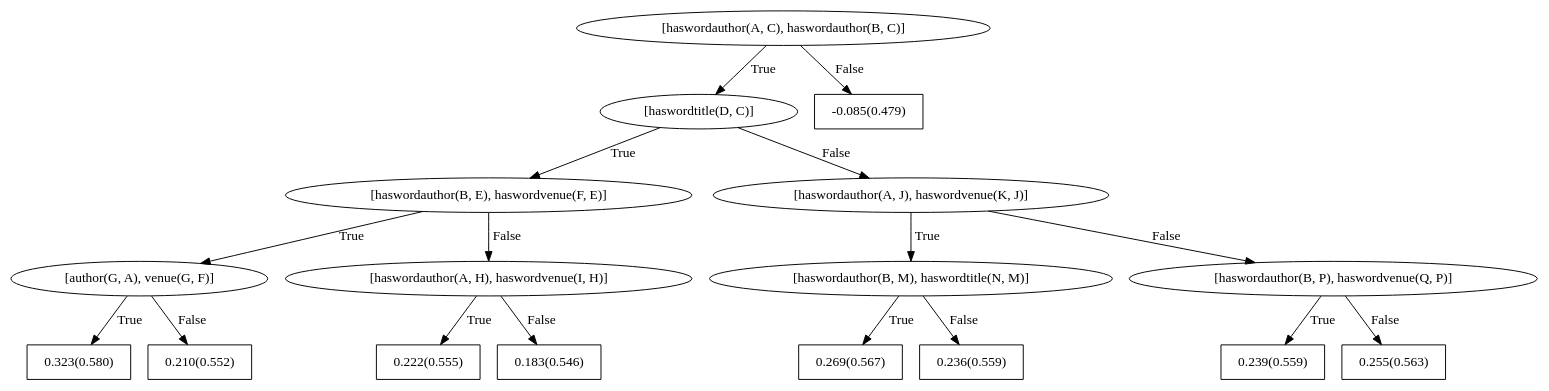
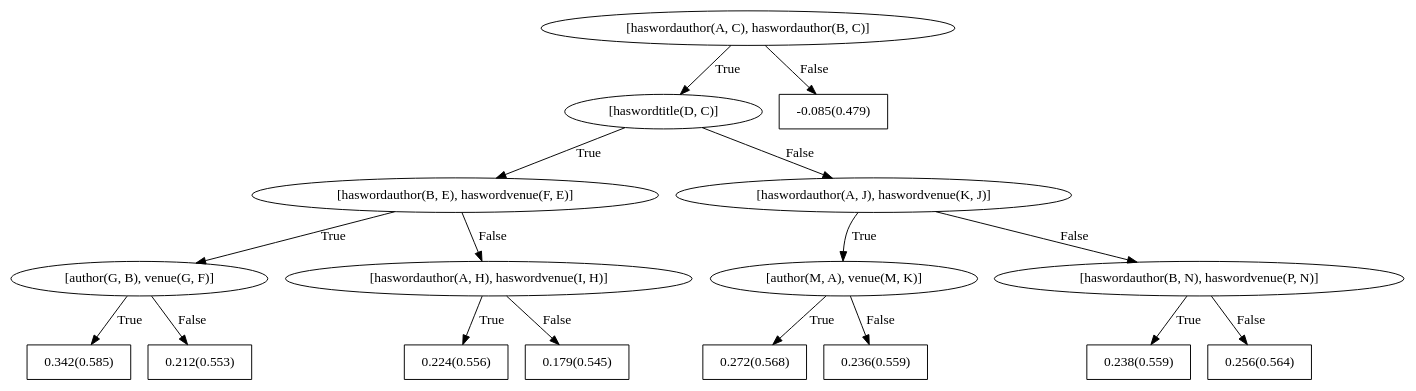
The diagram in datasets/Cora/train/models/bRDNs/dotFiles/WILLTreeFor_sameauthor5.dot (hayesall/Walk-ER), drawn with Graphviz before and after one commit. The commit also changed 71 other files, not shown here.

Commit message:
mode_comparator worked for Cora, I do not think WebKB is significant since the graph is so small.

```diff
--- a/datasets/Cora/train/models/bRDNs/dotFiles/WILLTreeFor_sameauthor5.dot
+++ b/datasets/Cora/train/models/bRDNs/dotFiles/WILLTreeFor_sameauthor5.dot
@@ -1,35 +1,35 @@
 digraph G{ 
 1[label = "[haswordauthor(A, C), haswordauthor(B, C)]"];
 1 -> 2[label="True"];
 1 -> 3[label="False"];
 2[label = "[haswordtitle(D, C)]"];
 2 -> 4[label="True"];
 2 -> 5[label="False"];
 4[label = "[haswordauthor(B, E), haswordvenue(F, E)]"];
 4 -> 6[label="True"];
 4 -> 7[label="False"];
-6[label = "[author(G, A), venue(G, F)]"];
+6[label = "[author(G, B), venue(G, F)]"];
 6 -> 8[label="True"];
 6 -> 9[label="False"];
-8[shape = box,label = "0.323(0.580)"];
-9[shape = box,label = "0.210(0.552)"];
+8[shape = box,label = "0.342(0.585)"];
+9[shape = box,label = "0.212(0.553)"];
 7[label = "[haswordauthor(A, H), haswordvenue(I, H)]"];
 7 -> 10[label="True"];
 7 -> 11[label="False"];
-10[shape = box,label = "0.222(0.555)"];
-11[shape = box,label = "0.183(0.546)"];
+10[shape = box,label = "0.224(0.556)"];
+11[shape = box,label = "0.179(0.545)"];
 5[label = "[haswordauthor(A, J), haswordvenue(K, J)]"];
 5 -> 12[label="True"];
 5 -> 13[label="False"];
-12[label = "[haswordauthor(B, M), haswordtitle(N, M)]"];
+12[label = "[author(M, A), venue(M, K)]"];
 12 -> 14[label="True"];
 12 -> 15[label="False"];
-14[shape = box,label = "0.269(0.567)"];
+14[shape = box,label = "0.272(0.568)"];
 15[shape = box,label = "0.236(0.559)"];
-13[label = "[haswordauthor(B, P), haswordvenue(Q, P)]"];
+13[label = "[haswordauthor(B, N), haswordvenue(P, N)]"];
 13 -> 16[label="True"];
 13 -> 17[label="False"];
-16[shape = box,label = "0.239(0.559)"];
-17[shape = box,label = "0.255(0.563)"];
+16[shape = box,label = "0.238(0.559)"];
+17[shape = box,label = "0.256(0.564)"];
 3[shape = box,label = "-0.085(0.479)"];
 }
```
